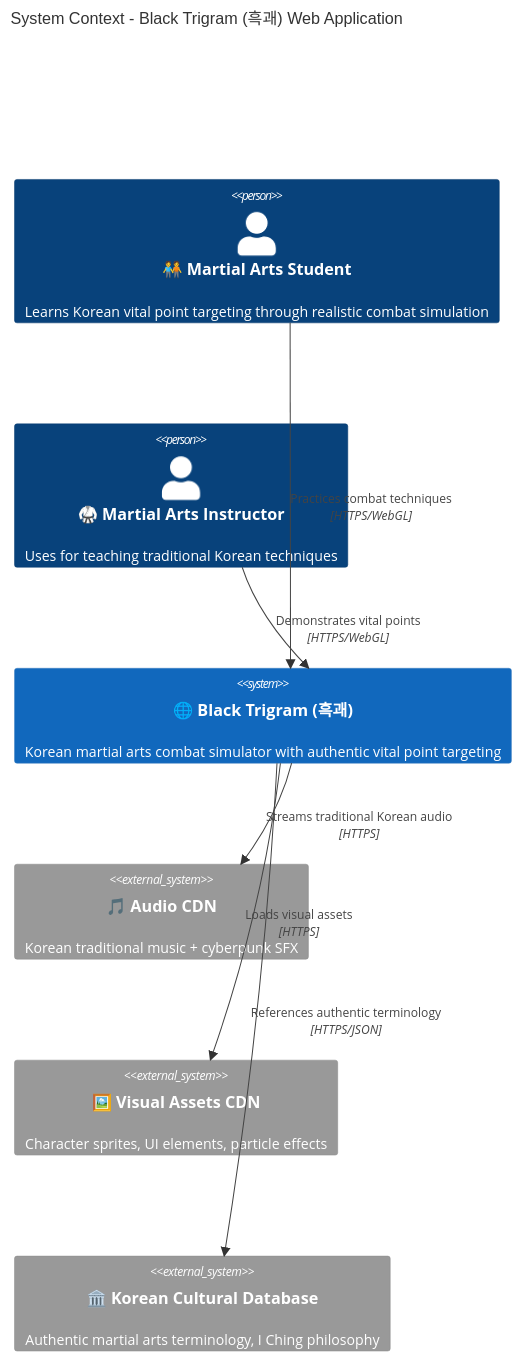
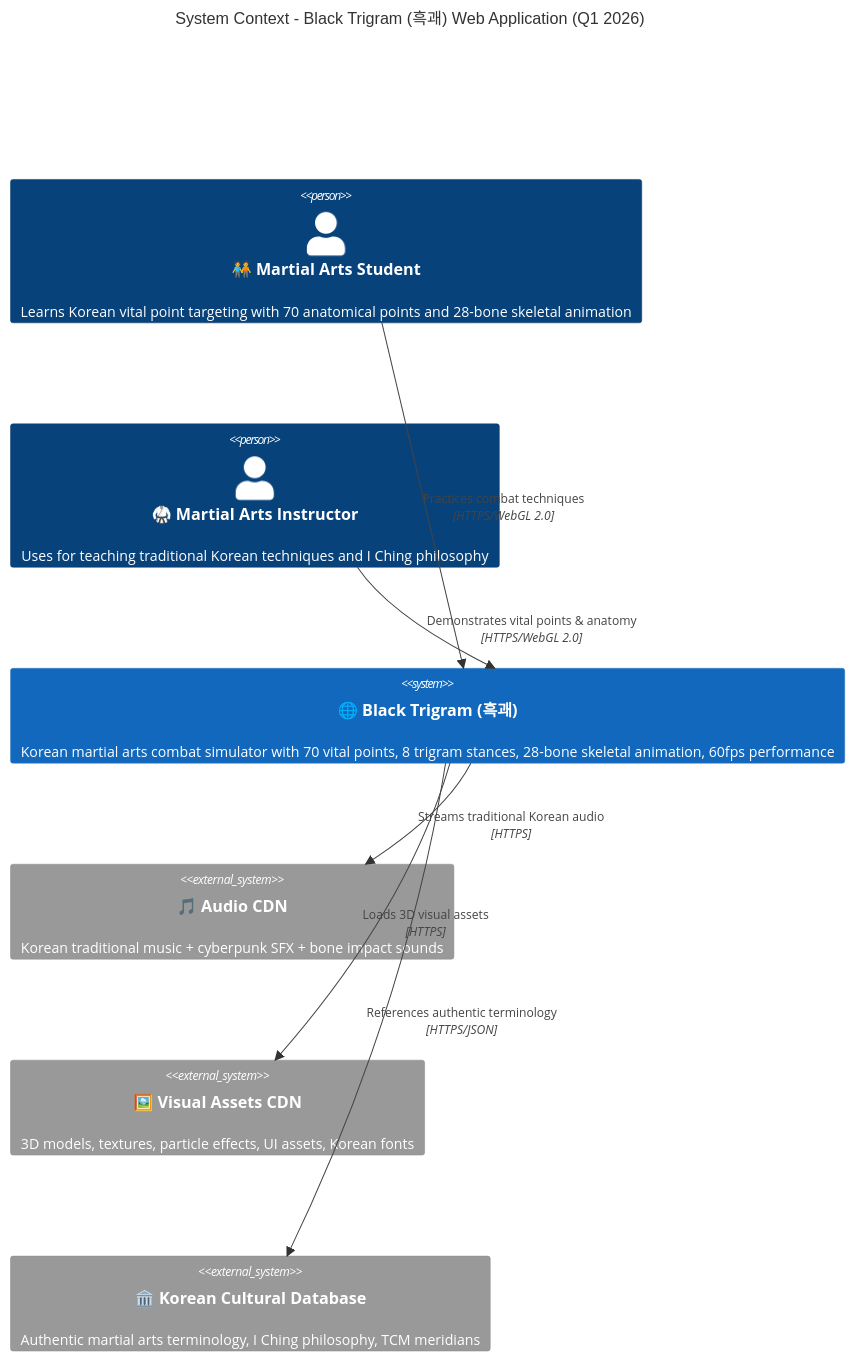
The first of 22 diagrams in ARCHITECTURE.md (Hack23/blacktrigram), drawn with Mermaid before and after one commit. The commit also changed other lines of this file, not shown here.

First line of the commit message:
Update ARCHITECTURE.md to reflect Q1 2026 Three.js implementation state

````diff
--- a/ARCHITECTURE.md
+++ b/ARCHITECTURE.md
@@ -34,22 +32,22 @@
 ```mermaid
 C4Context
-    title System Context - Black Trigram (흑괘) Web Application
+    title System Context - Black Trigram (흑괘) Web Application (Q1 2026)
 
-    Person(player, "🧑‍🤝‍🧑 Martial Arts Student", "Learns Korean vital point targeting through realistic combat simulation")
-    Person(instructor, "🥋 Martial Arts Instructor", "Uses for teaching traditional Korean techniques")
+    Person(player, "🧑‍🤝‍🧑 Martial Arts Student", "Learns Korean vital point targeting with 70 anatomical points and 28-bone skeletal animation")
+    Person(instructor, "🥋 Martial Arts Instructor", "Uses for teaching traditional Korean techniques and I Ching philosophy")
     
-    System(blackTrigram, "🌐 Black Trigram (흑괘)", "Korean martial arts combat simulator with authentic vital point targeting")
+    System(blackTrigram, "🌐 Black Trigram (흑괘)", "Korean martial arts combat simulator with 70 vital points, 8 trigram stances, 28-bone skeletal animation, 60fps performance")
     
-    System_Ext(audioCDN, "🎵 Audio CDN", "Korean traditional music + cyberpunk SFX")
-    System_Ext(artCDN, "🖼️ Visual Assets CDN", "Character sprites, UI elements, particle effects")
-    System_Ext(culturalDB, "🏛️ Korean Cultural Database", "Authentic martial arts terminology, I Ching philosophy")
+    System_Ext(audioCDN, "🎵 Audio CDN", "Korean traditional music + cyberpunk SFX + bone impact sounds")
+    System_Ext(artCDN, "🖼️ Visual Assets CDN", "3D models, textures, particle effects, UI assets, Korean fonts")
+    System_Ext(culturalDB, "🏛️ Korean Cultural Database", "Authentic martial arts terminology, I Ching philosophy, TCM meridians")
 
-    Rel(player, blackTrigram, "Practices combat techniques", "HTTPS/WebGL")
-    Rel(instructor, blackTrigram, "Demonstrates vital points", "HTTPS/WebGL")
+    Rel(player, blackTrigram, "Practices combat techniques", "HTTPS/WebGL 2.0")
+    Rel(instructor, blackTrigram, "Demonstrates vital points & anatomy", "HTTPS/WebGL 2.0")
     
     Rel(blackTrigram, audioCDN, "Streams traditional Korean audio", "HTTPS")
-    Rel(blackTrigram, artCDN, "Loads visual assets", "HTTPS")
+    Rel(blackTrigram, artCDN, "Loads 3D visual assets", "HTTPS")
     Rel(blackTrigram, culturalDB, "References authentic terminology", "HTTPS/JSON")
 
     UpdateLayoutConfig($c4ShapeInRow="2", $c4BoundaryInRow="1")
   ```
````
